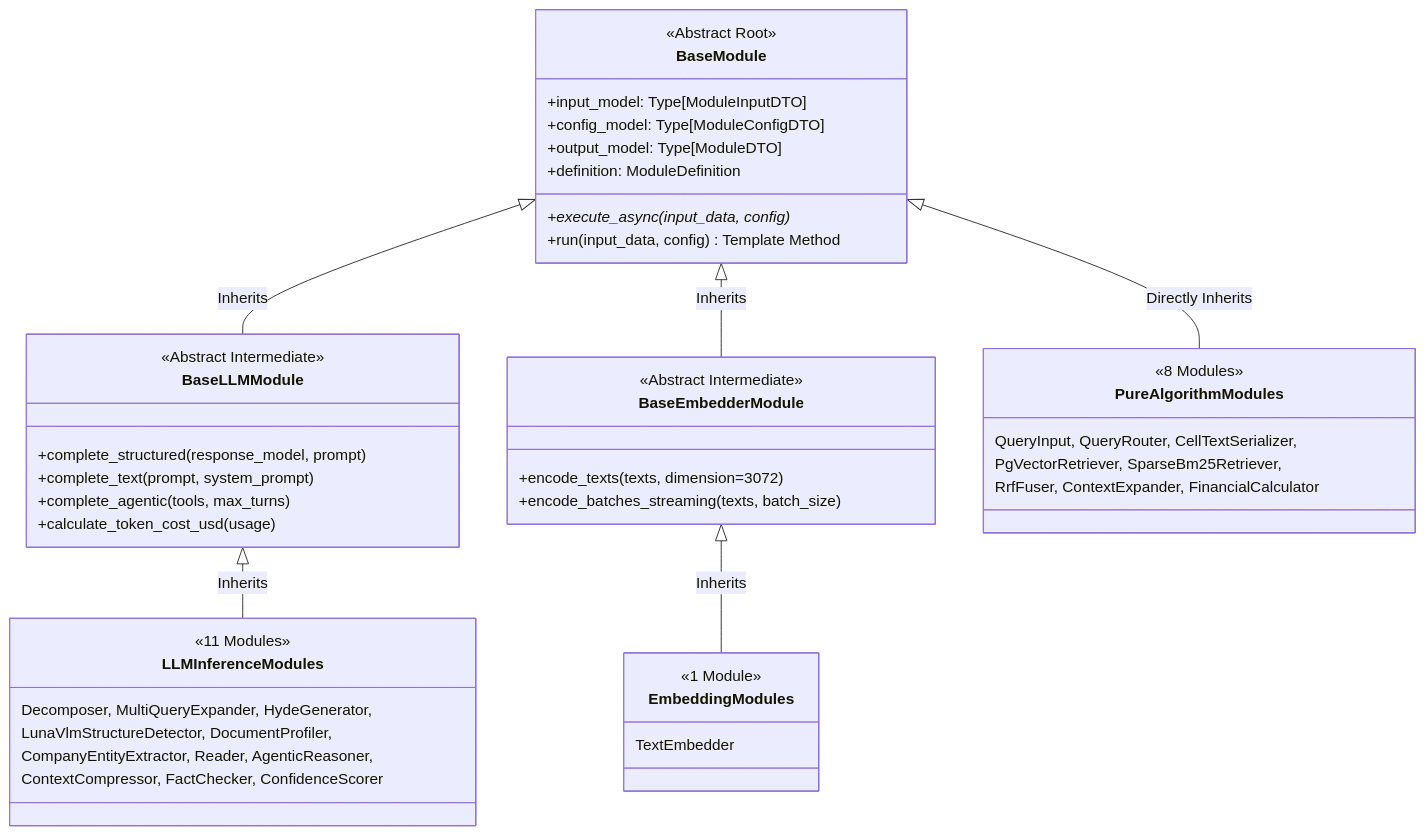
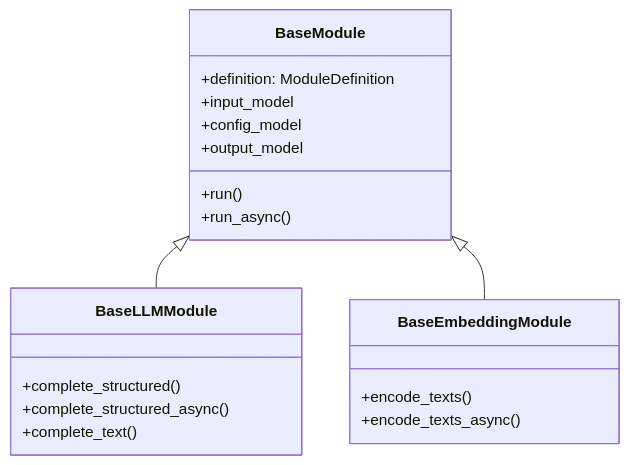
The diagram in docs/blueprints/03_pipeline_module_blueprints/BP-302_module_pinout_catalog.md (bist-mini-final/bist-mini-final), drawn with Mermaid before and after one commit. The commit also changed other lines of this file and 205 other files, not shown here.

Commit message:
feat: initialize full-stack workspace architecture with BI analytics, company comparison, and job orchestration modules

````diff
--- a/docs/blueprints/03_pipeline_module_blueprints/BP-302_module_pinout_catalog.md
+++ b/docs/blueprints/03_pipeline_module_blueprints/BP-302_module_pinout_catalog.md
@@ -40,52 +12,22 @@
 ```mermaid
 classDiagram
     class BaseModule {
-        <<Abstract Root>>
-        +input_model: Type[ModuleInputDTO]
-        +config_model: Type[ModuleConfigDTO]
-        +output_model: Type[ModuleDTO]
         +definition: ModuleDefinition
-        +execute_async(input_data, config)*
-        +run(input_data, config) Template Method
+        +input_model
+        +config_model
+        +output_model
+        +run()
+        +run_async()
     }
-
     class BaseLLMModule {
-        <<Abstract Intermediate>>
-        +complete_structured(response_model, prompt)
-        +complete_text(prompt, system_prompt)
-        +complete_agentic(tools, max_turns)
-        +calculate_token_cost_usd(usage)
+        +complete_structured()
+        +complete_structured_async()
+        +complete_text()
     }
-
-    class BaseEmbedderModule {
-        <<Abstract Intermediate>>
-        +encode_texts(texts, dimension=3072)
-        +encode_batches_streaming(texts, batch_size)
+    class BaseEmbeddingModule {
+        +encode_texts()
+        +encode_texts_async()
     }
-
-    class PureAlgorithmModules {
-        <<8 Modules>>
-        QueryInput, QueryRouter, CellTextSerializer,
-        PgVectorRetriever, SparseBm25Retriever,
-        RrfFuser, ContextExpander, FinancialCalculator
-    }
-
-    class LLMInferenceModules {
-        <<11 Modules>>
-        Decomposer, MultiQueryExpander, HydeGenerator,
-        LunaVlmStructureDetector, DocumentProfiler,
-        CompanyEntityExtractor, Reader, AgenticReasoner,
-        ContextCompressor, FactChecker, ConfidenceScorer
-    }
-
-    class EmbeddingModules {
-        <<1 Module>>
-        TextEmbedder
-    }
-
-    BaseModule <|-- BaseLLMModule : Inherits
-    BaseModule <|-- BaseEmbedderModule : Inherits
-    BaseModule <|-- PureAlgorithmModules : Directly Inherits
-    BaseLLMModule <|-- LLMInferenceModules : Inherits
-    BaseEmbedderModule <|-- EmbeddingModules : Inherits
+    BaseModule <|-- BaseLLMModule
+    BaseModule <|-- BaseEmbeddingModule
 ```
````
